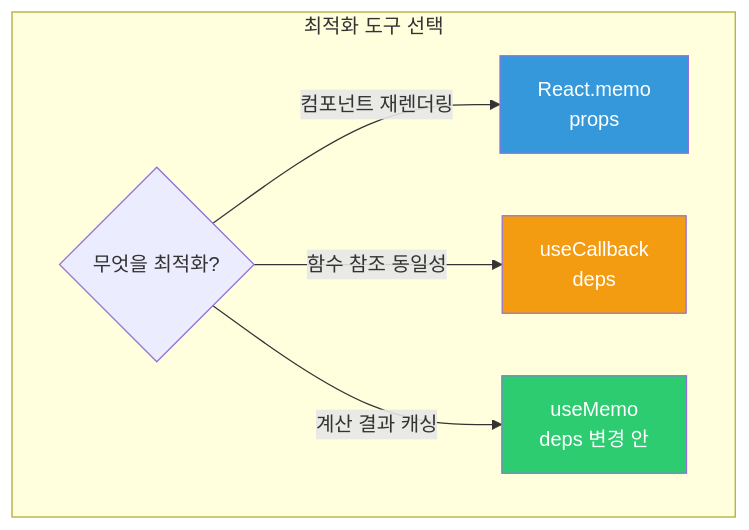
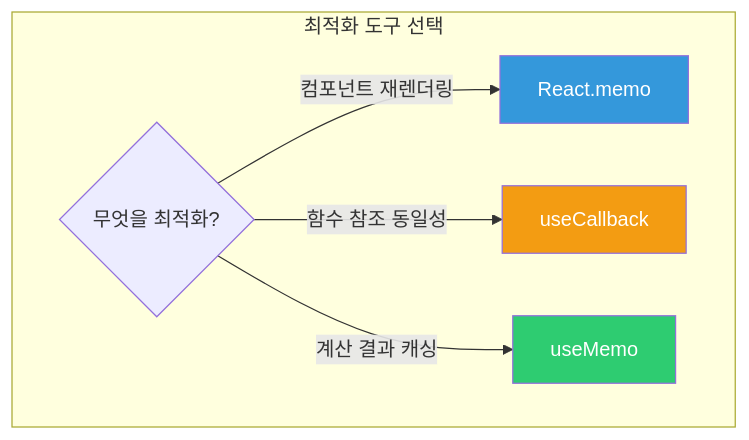
One commit to yjkim2015/yjkim2015.github.io changed the third of 5 diagrams in _posts/frontend/2026-05-01-react.md. Above: the diagram before and after it, drawn with Mermaid. The commit also changed other lines of this file and 217 other files, not shown here.

First line of the commit message:
Mermaid 크기 수정: useMaxWidth:true + SVG max-width:100% + 라벨 축소

````diff
--- a/_posts/frontend/2026-05-01-react.md
+++ b/_posts/frontend/2026-05-01-react.md
@@ -205,12 +205,12 @@
 ```mermaid
 flowchart TD
     subgraph "최적화 도구 선택"
         Q1{"무엇을 최적화?"}
-        Q1 -->|"컴포넌트 재렌더링"| MEMO["React.memo\nprops"]
-        Q1 -->|"함수 참조 동일성"| USECB["useCallback\ndeps"]
-        Q1 -->|"계산 결과 캐싱"| USEMEMO["useMemo\ndeps 변경 안"]
+        Q1 -->|"컴포넌트 재렌더링"| MEMO["React.memo"]
+        Q1 -->|"함수 참조 동일성"| USECB["useCallback"]
+        Q1 -->|"계산 결과 캐싱"| USEMEMO["useMemo"]
     end
     style MEMO fill:#3498db,color:#fff
     style USECB fill:#f39c12,color:#fff
     style USEMEMO fill:#2ecc71,color:#fff
 ```
````
